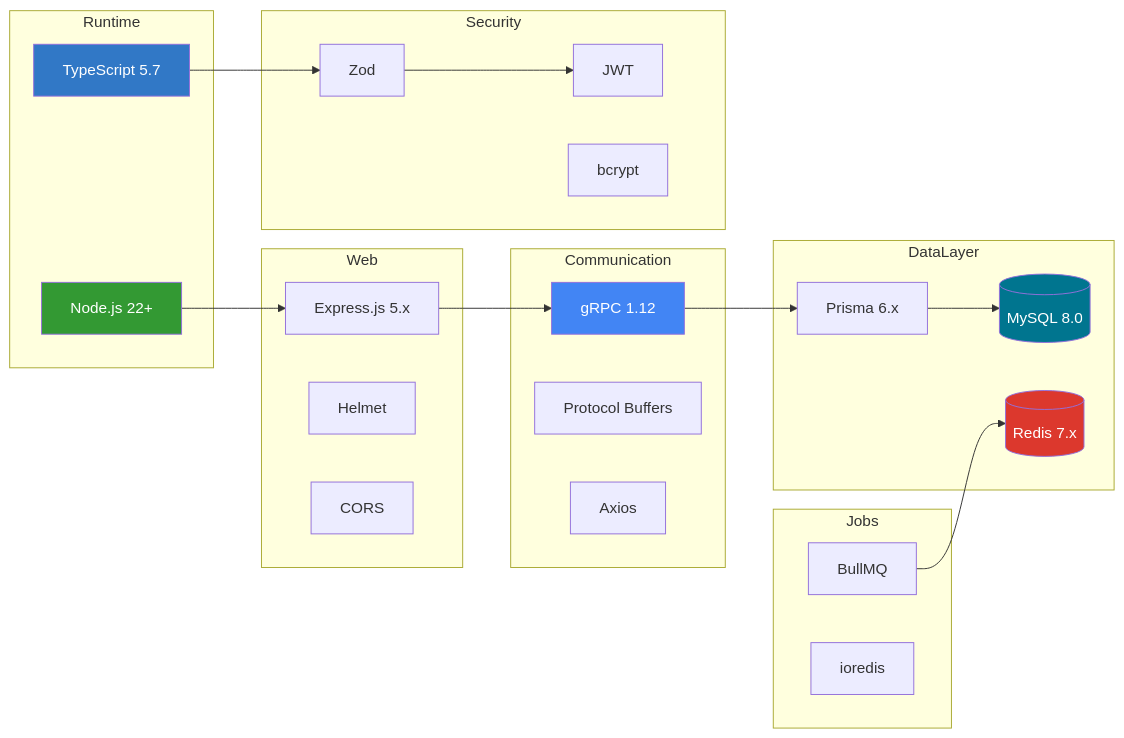
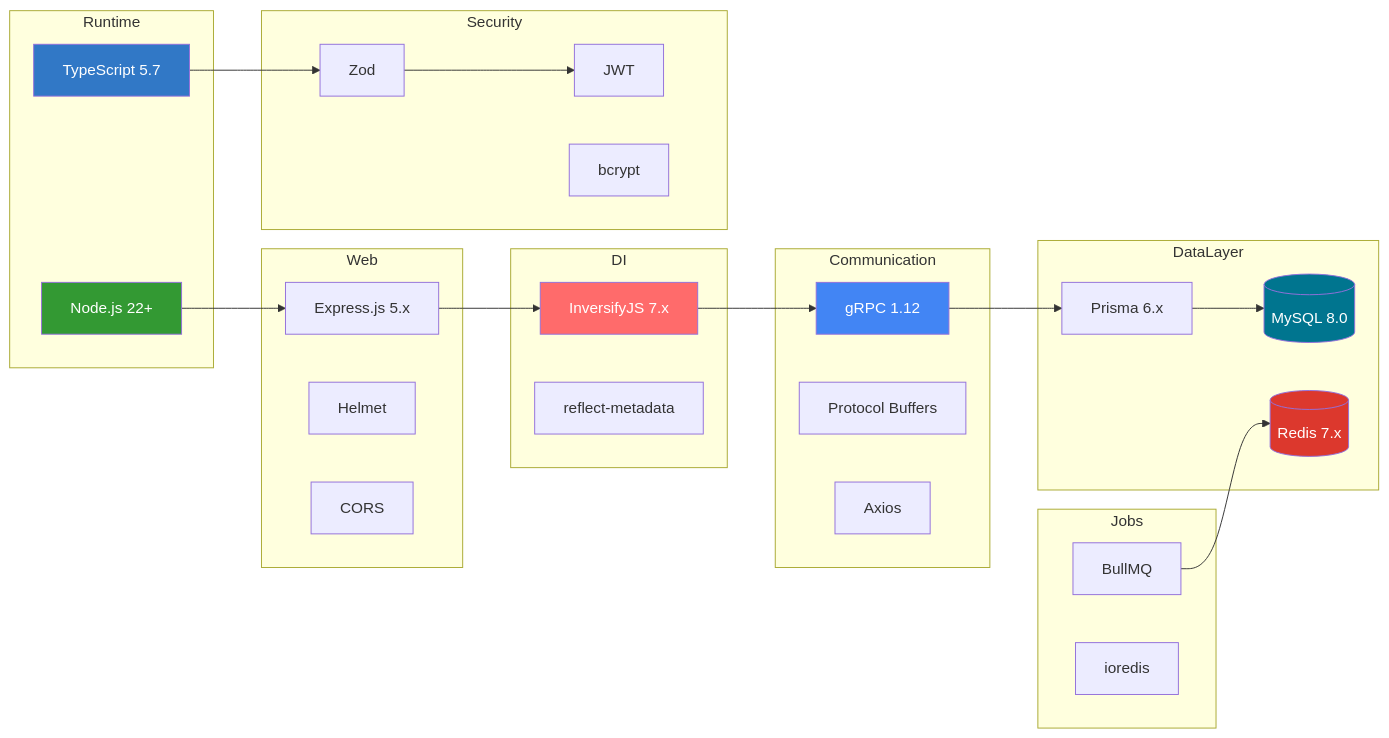
Diagram 11 of 15 in README.md (jrjohn/arcana-cloud-nodejs), drawn with Mermaid before and after one commit. The commit also changed other lines of this file and 32 other files, not shown here.

````diff
--- a/README.md
+++ b/README.md
@@ -277,50 +404,57 @@
 ```mermaid
 graph LR
     subgraph Runtime
         NODE["Node.js 22+"]
         TS["TypeScript 5.7"]
     end
 
     subgraph Web
         EXPRESS["Express.js 5.x"]
         HELMET["Helmet"]
         CORS["CORS"]
+    end
+
+    subgraph DI
+        INVERSIFY["InversifyJS 7.x"]
+        REFLECT["reflect-metadata"]
     end
 
     subgraph Communication
         GRPC["gRPC 1.12"]
         PROTO["Protocol Buffers"]
         AXIOS["Axios"]
     end
 
     subgraph DataLayer
         PRISMA["Prisma 6.x"]
         MYSQL[("MySQL 8.0")]
         REDIS[("Redis 7.x")]
     end
 
     subgraph Security
         JWT["JWT"]
         BCRYPT["bcrypt"]
         ZOD["Zod"]
     end
 
     subgraph Jobs
         BULLMQ["BullMQ"]
         IOREDIS["ioredis"]
     end
 
     NODE --> EXPRESS
-    EXPRESS --> GRPC
+    EXPRESS --> INVERSIFY
+    INVERSIFY --> GRPC
     GRPC --> PRISMA
     PRISMA --> MYSQL
     TS --> ZOD
     ZOD --> JWT
     BULLMQ --> REDIS
 
     style NODE fill:#339933,color:#fff
     style TS fill:#3178C6,color:#fff
+    style INVERSIFY fill:#FF6B6B,color:#fff
     style GRPC fill:#4285F4,color:#fff
     style MYSQL fill:#00758F,color:#fff
     style REDIS fill:#DC382D,color:#fff
 ```
````
